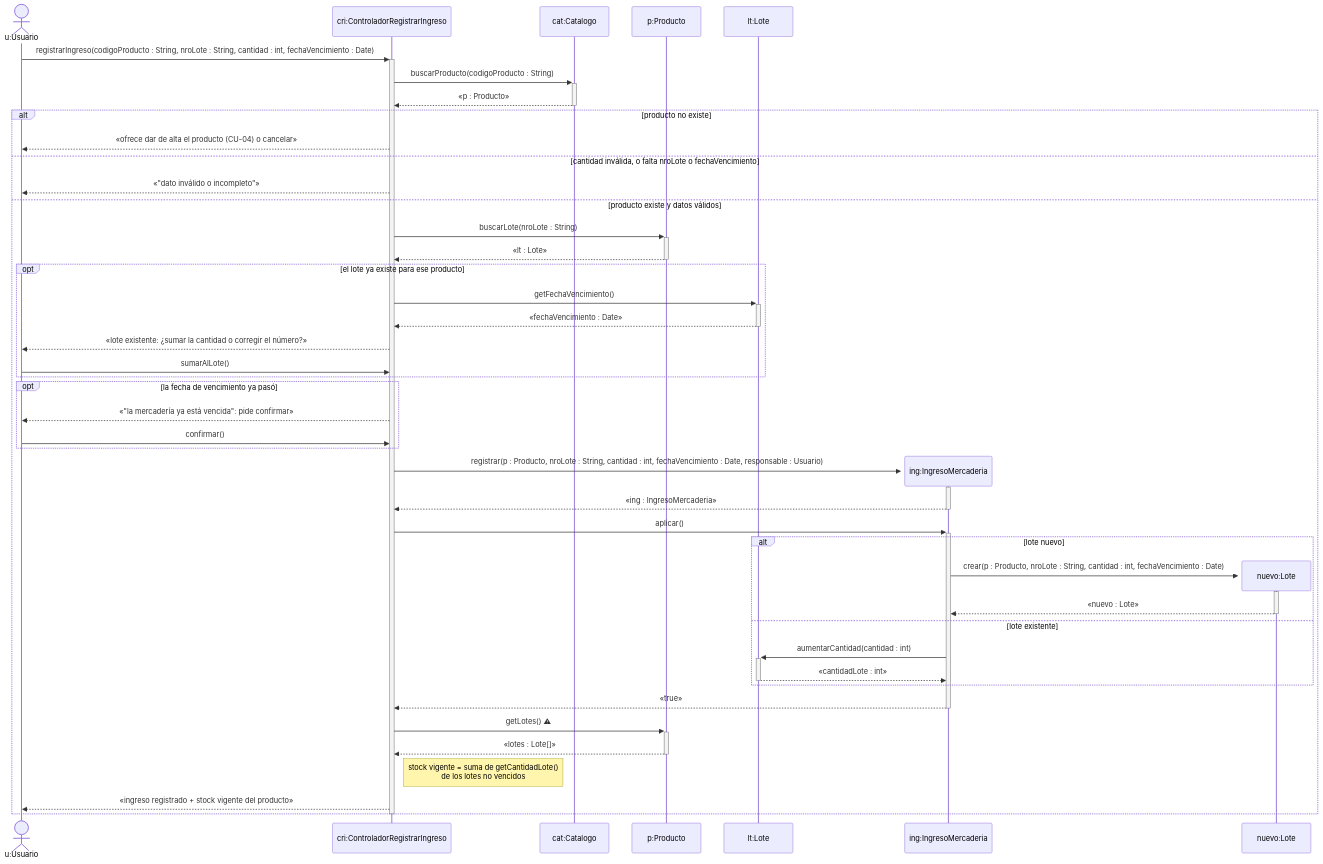
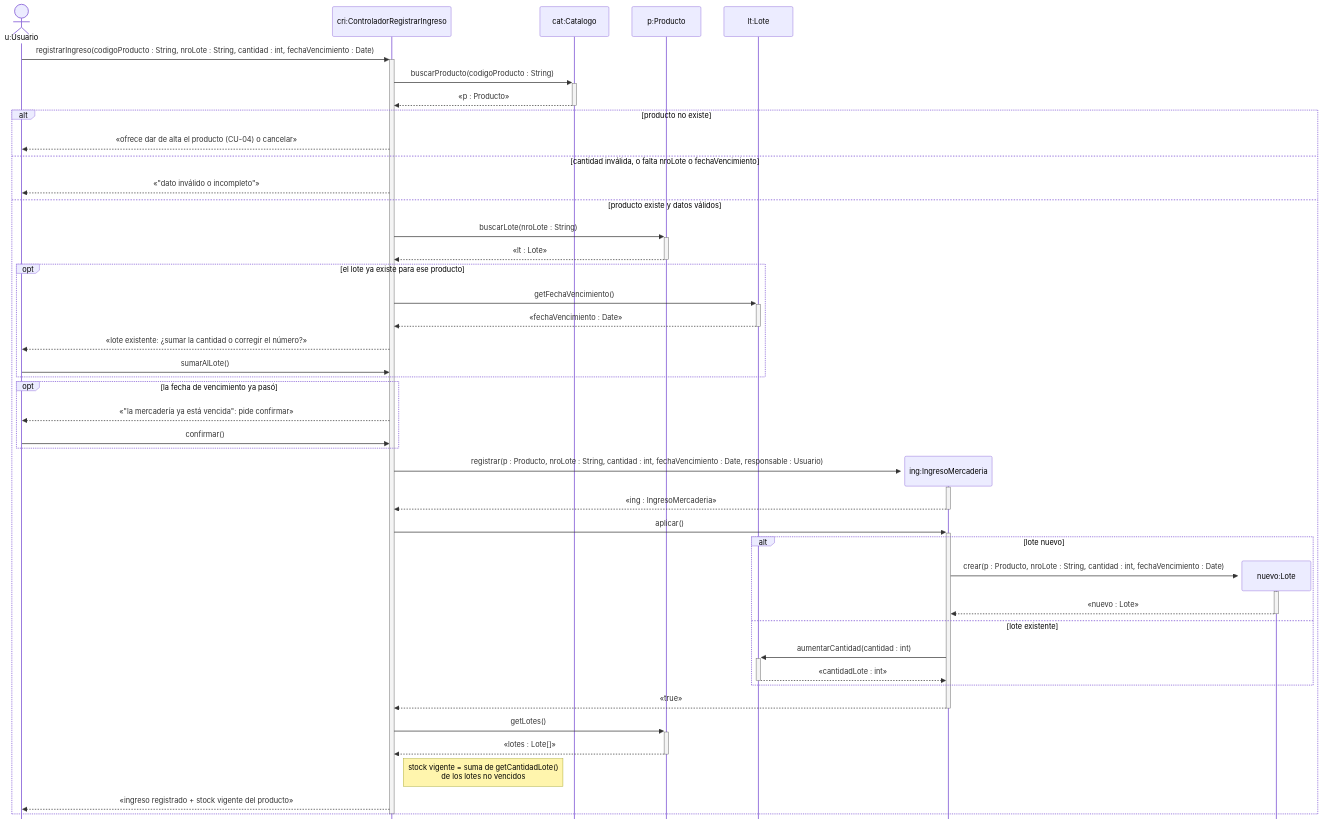
One commit to cirotop/Stock-Project changed the eighth of 12 diagrams in 08-Diagrama De Secuencia/Diagramas_de_Secuencia.md. Above: the diagram before and after it, drawn with Mermaid. The commit also changed other lines of this file and 2 other files, not shown here.

````diff
--- a/08-Diagrama De Secuencia/Diagramas_de_Secuencia.md
+++ b/08-Diagrama De Secuencia/Diagramas_de_Secuencia.md
@@ -224,48 +230,49 @@
 ```mermaid
+%%{init: {"sequence": {"mirrorActors": false}, "themeCSS": ".loopLine { stroke-dasharray: none !important; stroke-width: 1.5px !important; }"}}%%
 sequenceDiagram
     actor u as u:Usuario
     participant cri as cri:ControladorRegistrarIngreso
     participant cat as cat:Catalogo
     participant p as p:Producto
     participant lt as lt:Lote
 
     u->>+cri: registrarIngreso(codigoProducto : String, nroLote : String, cantidad : int, fechaVencimiento : Date)
     cri->>+cat: buscarProducto(codigoProducto : String)
     cat-->>-cri: «p : Producto»
     alt producto no existe
         cri-->>u: «ofrece dar de alta el producto (CU-04) o cancelar»
     else cantidad inválida, o falta nroLote o fechaVencimiento
         cri-->>u: «"dato inválido o incompleto"»
     else producto existe y datos válidos
         cri->>+p: buscarLote(nroLote : String)
         p-->>-cri: «lt : Lote»
         opt el lote ya existe para ese producto
             cri->>+lt: getFechaVencimiento()
             lt-->>-cri: «fechaVencimiento : Date»
             cri-->>u: «lote existente: ¿sumar la cantidad o corregir el número?»
             u->>cri: sumarAlLote()
         end
         opt la fecha de vencimiento ya pasó
             cri-->>u: «"la mercadería ya está vencida": pide confirmar»
             u->>cri: confirmar()
         end
         create participant ing as ing:IngresoMercaderia
         cri->>+ing: registrar(p : Producto, nroLote : String, cantidad : int, fechaVencimiento : Date, responsable : Usuario)
         ing-->>-cri: «ing : IngresoMercaderia»
         cri->>+ing: aplicar()
         alt lote nuevo
             create participant nl as nuevo:Lote
             ing->>+nl: crear(p : Producto, nroLote : String, cantidad : int, fechaVencimiento : Date)
             nl-->>-ing: «nuevo : Lote»
         else lote existente
             ing->>+lt: aumentarCantidad(cantidad : int)
             lt-->>-ing: «cantidadLote : int»
         end
         ing-->>-cri: «true»
-        cri->>+p: getLotes() ⚠
+        cri->>+p: getLotes()
         p-->>-cri: «lotes : Lote[]»
         Note right of cri: stock vigente = suma de getCantidadLote()<br/>de los lotes no vencidos
         cri-->>u: «ingreso registrado + stock vigente del producto»
     end
     deactivate cri
 ```
````
